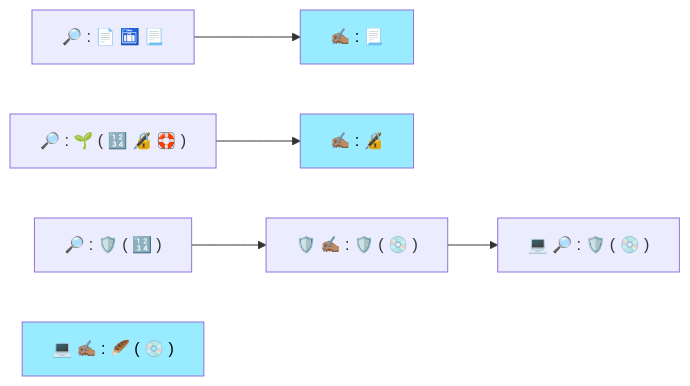
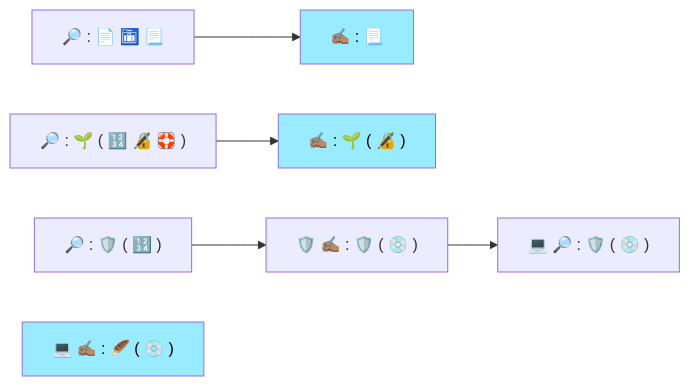
Diagram 56 of 60 in Docs/Scenario-Multisig.md (BlockchainCommons/SmartCustody), drawn with Mermaid before and after one commit. The commit also changed other lines of this file, not shown here.

````diff
--- a/Docs/Scenario-Multisig.md
+++ b/Docs/Scenario-Multisig.md
@@ -1529,19 +1529,19 @@
 ```mermaid
 graph LR;
 
 A["🔎 : 📄 🛅 📃"]
 B["✍🏽 : 📃"]
 C["🔎 : 🌱 ( 🔢 🔏 🛟 )"]
-D["✍🏽 : 🔏"]
+D["✍🏽 : 🌱 ( 🔏 )"]
 E["🔎 : 🛡️ ( 🔢 )"]
 F["🛡️ ✍🏽 : 🛡️ ( 💿 )"]
 G["💻 🔎 : 🛡️ ( 💿 )"]
 H["💻 ✍🏽 : 🪶 ( 💿 )"]
 
 A-->B
 C-->D
 E-->F-->G
 style B color:#000,fill:#99ebff;
 style D color:#000,fill:#99ebff;
 style H color:#000,fill:#99ebff;
 ```
````
